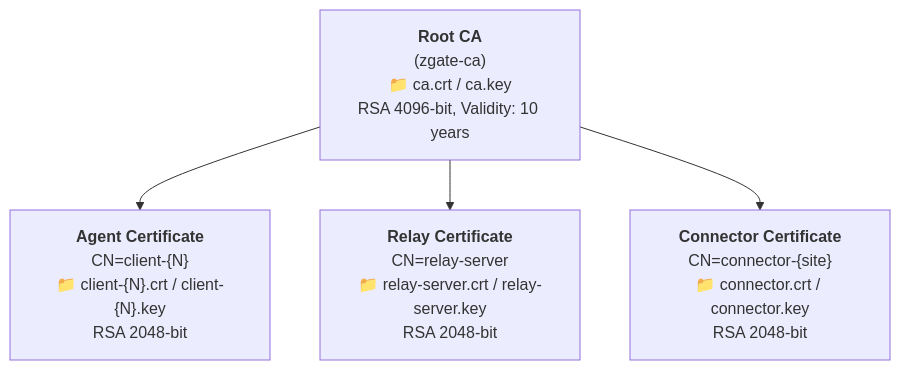
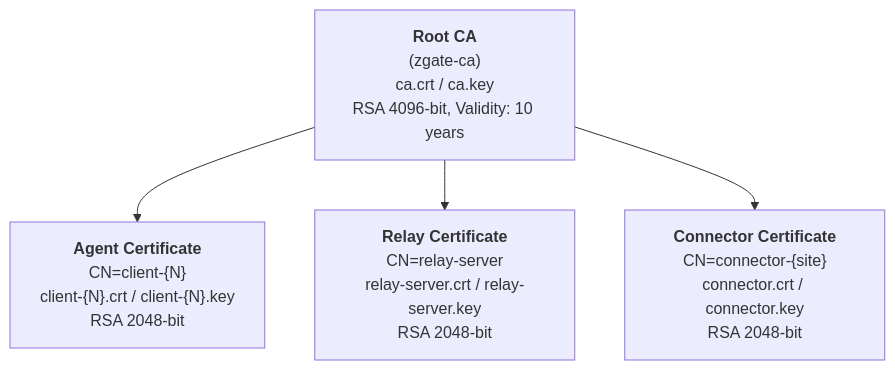
Before and after one commit to guni1192/zgate: the fourth of 9 diagrams in .claude/plans/e2e-encryption-design.md, drawn with Mermaid. The commit also changed other lines of this file, not shown here.

````diff
--- a/.claude/plans/e2e-encryption-design.md
+++ b/.claude/plans/e2e-encryption-design.md
@@ -147,8 +147,8 @@
 ```mermaid
 graph TD
-    RootCA["<b>Root CA</b><br/>(zgate-ca)<br/>📁 ca.crt / ca.key<br/>RSA 4096-bit, Validity: 10 years"]
+    RootCA["<b>Root CA</b><br/>(zgate-ca)<br/>ca.crt / ca.key<br/>RSA 4096-bit, Validity: 10 years"]
 
-    RootCA --> AgentCert["<b>Agent Certificate</b><br/>CN=client-{N}<br/>📁 client-{N}.crt / client-{N}.key<br/>RSA 2048-bit"]
-    RootCA --> RelayCert["<b>Relay Certificate</b><br/>CN=relay-server<br/>📁 relay-server.crt / relay-server.key<br/>RSA 2048-bit"]
-    RootCA --> ConnCert["<b>Connector Certificate</b><br/>CN=connector-{site}<br/>📁 connector.crt / connector.key<br/>RSA 2048-bit"]
+    RootCA --> AgentCert["<b>Agent Certificate</b><br/>CN=client-{N}<br/>client-{N}.crt / client-{N}.key<br/>RSA 2048-bit"]
+    RootCA --> RelayCert["<b>Relay Certificate</b><br/>CN=relay-server<br/>relay-server.crt / relay-server.key<br/>RSA 2048-bit"]
+    RootCA --> ConnCert["<b>Connector Certificate</b><br/>CN=connector-{site}<br/>connector.crt / connector.key<br/>RSA 2048-bit"]
 ```
````
